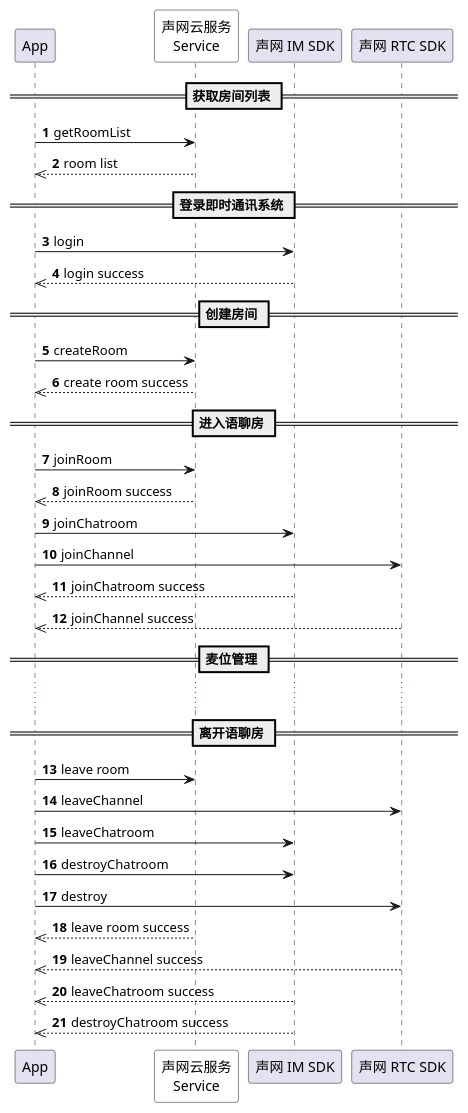
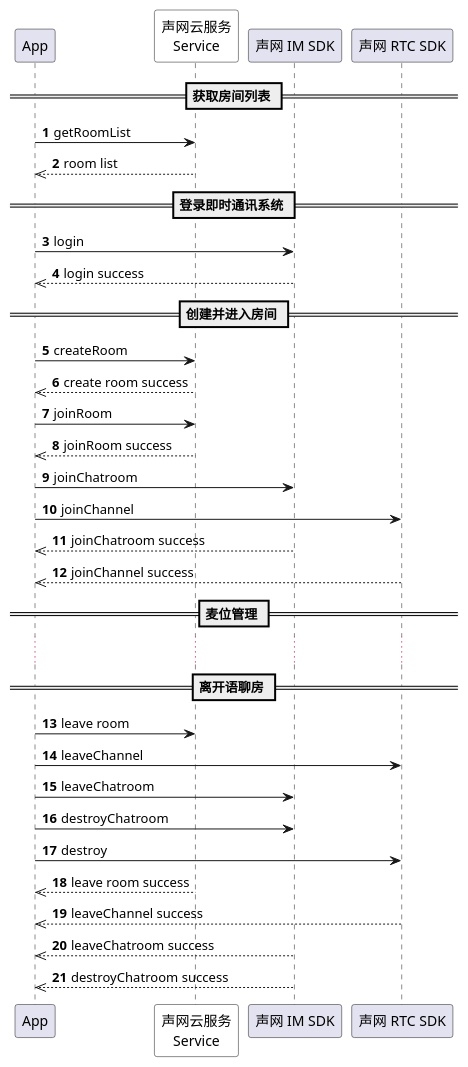
One commit to AgoraIO/agora_doc_source changed the diagram in markdown/chatroom/时序图.wsd. Above: the diagram before and after it, drawn with PlantUML. The commit also changed 2 other files, not shown here.

```diff
--- a/markdown/chatroom/时序图.wsd
+++ b/markdown/chatroom/时序图.wsd
@@ -1,35 +1,34 @@
 @startuml
 autonumber
 participant "App" as a
 participant "声网云服务\nService" as b #White
 participant "声网 IM SDK" as c
 participant "声网 RTC SDK" as d
 == 获取房间列表 ==
 a -> b: getRoomList
 b -->> a: room list
 == 登录即时通讯系统 ==
 a -> c: login
 c -->> a: login success
-== 创建房间 ==
+== 创建并进入房间 ==
 a -> b: createRoom
 b -->> a: create room success
-== 进入语聊房 ==
 a -> b: joinRoom
 b -->> a: joinRoom success
 a -> c: joinChatroom
 a -> d: joinChannel
 c -->> a: joinChatroom success
 d -->> a: joinChannel success
 == 麦位管理 ==
 ...
 == 离开语聊房 ==
 a -> b: leave room
 a -> d: leaveChannel
 a -> c: leaveChatroom
 a -> c: destroyChatroom
 a -> d: destroy
 b -->> a: leave room success
 d -->> a: leaveChannel success
 c -->> a: leaveChatroom success
 c -->> a: destroyChatroom success
 @enduml
```
